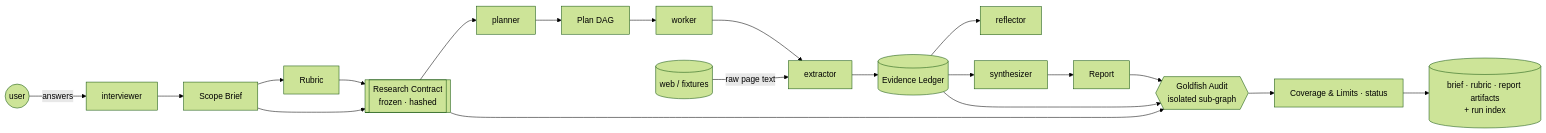
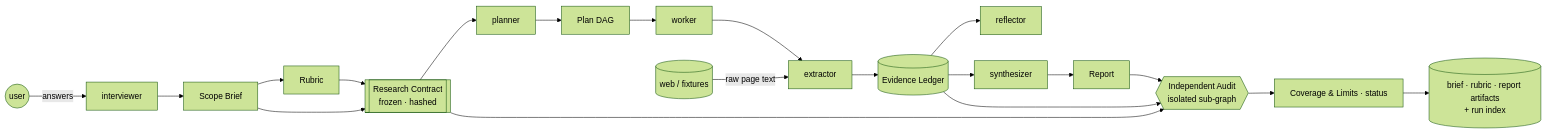
One commit to RoboSathi/agentic-ai-series changed the fifth of 5 diagrams in src/research_agent/design_docs/architecture.md. Above: the diagram before and after it, drawn with Mermaid (forest theme). The commit also changed other lines of this file and 161 other files, not shown here.

````diff
--- a/src/research_agent/design_docs/architecture.md
+++ b/src/research_agent/design_docs/architecture.md
@@ -119,16 +119,16 @@
 ```mermaid
 flowchart LR
     user((user)) -->|answers| interviewer
     interviewer --> brief[Scope Brief]
     brief --> rubric[Rubric]
     brief & rubric --> contract[[Research Contract<br/>frozen · hashed]]
     contract --> planner --> plan[Plan DAG]
     plan --> worker
     web[(web / fixtures)] -->|raw page text| extractor
     worker --> extractor --> ledger[(Evidence Ledger)]
     ledger --> reflector
     ledger --> synthesizer --> report[Report]
-    contract & report & ledger --> goldfish{{Goldfish Audit<br/>isolated sub-graph}}
-    goldfish --> final[Coverage & Limits · status]
+    contract & report & ledger --> audit{{Independent Audit<br/>isolated sub-graph}}
+    audit --> final[Coverage & Limits · status]
     final --> archive[(brief · rubric · report artifacts<br/>+ run index)]
 ```
````
